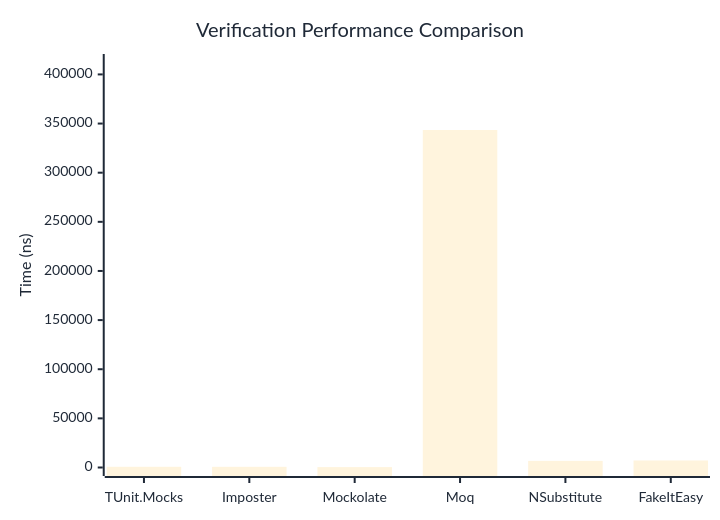
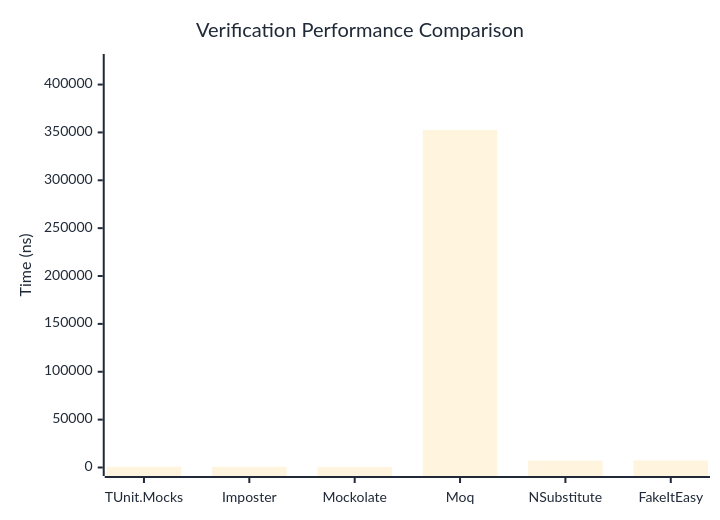
Before and after one commit to thomhurst/TUnit: the first of 3 diagrams in docs/docs/benchmarks/mocks/Verification.md, drawn with Mermaid. The commit also changed other lines of this file and 14 other files, not shown here.

````diff
--- a/docs/docs/benchmarks/mocks/Verification.md
+++ b/docs/docs/benchmarks/mocks/Verification.md
@@ -30,27 +30,27 @@
 ```mermaid
 %%{init: {
   'theme':'base',
   'themeVariables': {
     'primaryColor': '#2563eb',
     'primaryTextColor': '#1f2937',
     'primaryBorderColor': '#1e40af',
     'lineColor': '#6b7280',
     'secondaryColor': '#7c3aed',
     'tertiaryColor': '#dc2626',
     'background': '#ffffff',
     'pie1': '#2563eb',
     'pie2': '#7c3aed',
     'pie3': '#dc2626',
     'pie4': '#f59e0b',
     'pie5': '#10b981',
     'pie6': '#06b6d4',
     'pie7': '#ec4899',
     'pie8': '#6366f1'
   }
 }}%%
 xychart-beta
   title "Verification Performance Comparison"
   x-axis ["TUnit.Mocks", "Imposter", "Mockolate", "Moq", "NSubstitute", "FakeItEasy"]
-  y-axis "Time (ns)" 0 --> 412128
-  bar [721.27, 682.34, 407.94, 343440, 6731.68, 7158.32]
+  y-axis "Time (ns)" 0 --> 423041
+  bar [728.82, 713.43, 407.53, 352534.07, 7160.26, 7356.99]
 ```
````
